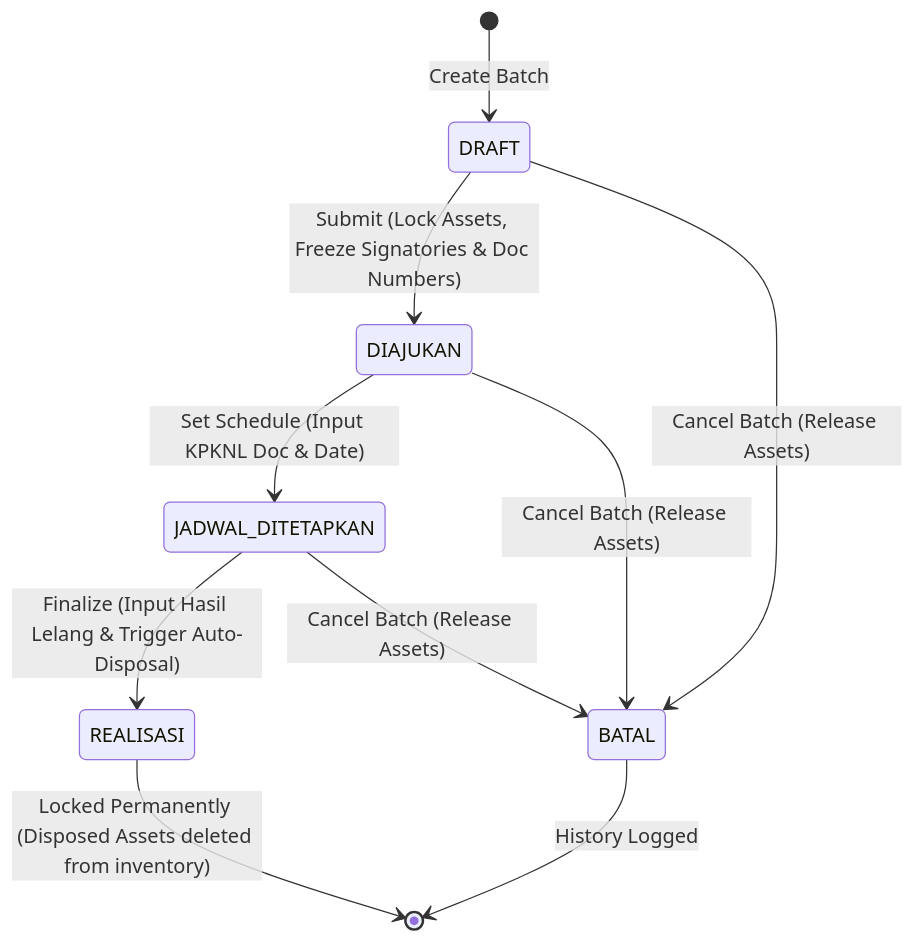
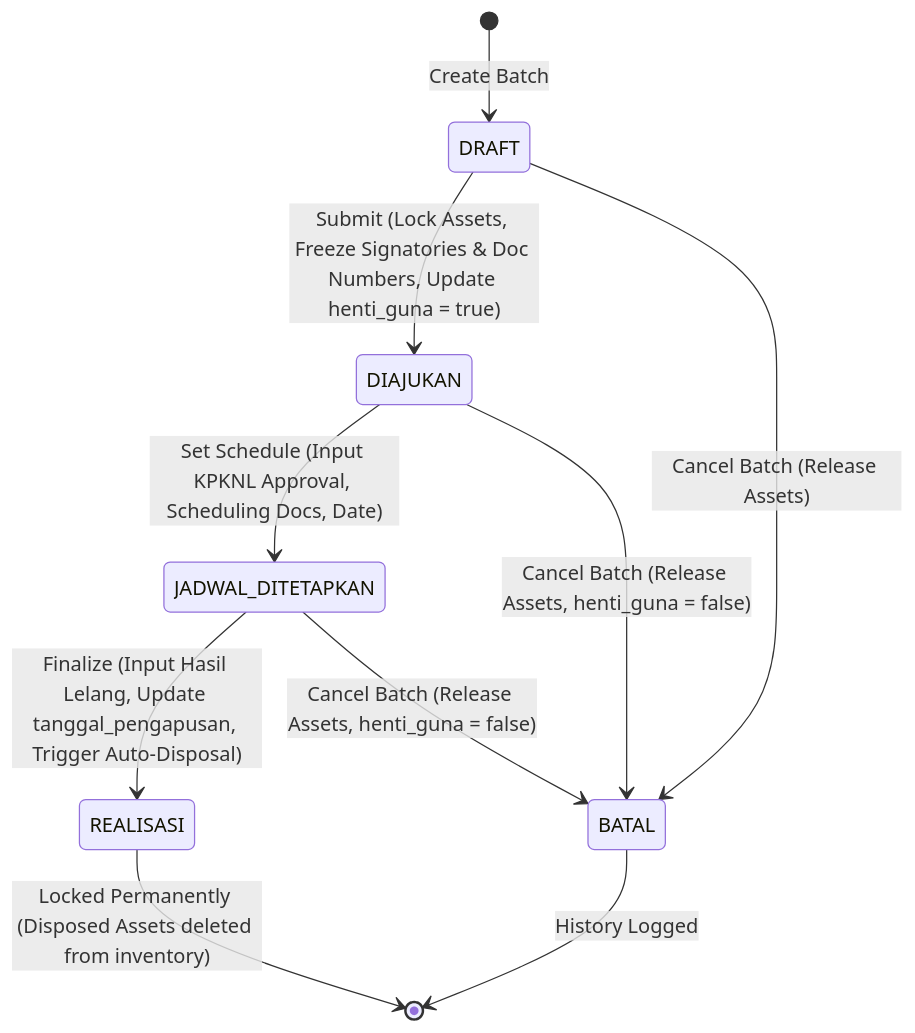
Before and after one commit to tegaranugrah1/bksda-superapp: the second of 2 diagrams in .kiro/specs/bmn-auction-batches/design.md, drawn with Mermaid. The commit also changed other lines of this file and 2 other files, not shown here.

Commit message:
docs(specs): refine specs for DJKN compliance, asset freeze, and typo fixes

````diff
--- a/.kiro/specs/bmn-auction-batches/design.md
+++ b/.kiro/specs/bmn-auction-batches/design.md
@@ -111,12 +115,12 @@
 ```mermaid
 stateDiagram-v2
     [*] --> DRAFT : Create Batch
-    DRAFT --> DIAJUKAN : Submit (Lock Assets, Freeze Signatories & Doc Numbers)
+    DRAFT --> DIAJUKAN : Submit (Lock Assets, Freeze Signatories & Doc Numbers, Update henti_guna = true)
     DRAFT --> BATAL : Cancel Batch (Release Assets)
-    DIAJUKAN --> JADWAL_DITETAPKAN : Set Schedule (Input KPKNL Doc & Date)
-    DIAJUKAN --> BATAL : Cancel Batch (Release Assets)
-    JADWAL_DITETAPKAN --> REALISASI : Finalize (Input Hasil Lelang & Trigger Auto-Disposal)
-    JADWAL_DITETAPKAN --> BATAL : Cancel Batch (Release Assets)
+    DIAJUKAN --> JADWAL_DITETAPKAN : Set Schedule (Input KPKNL Approval, Scheduling Docs, Date)
+    DIAJUKAN --> BATAL : Cancel Batch (Release Assets, henti_guna = false)
+    JADWAL_DITETAPKAN --> REALISASI : Finalize (Input Hasil Lelang, Update tanggal_pengapusan, Trigger Auto-Disposal)
+    JADWAL_DITETAPKAN --> BATAL : Cancel Batch (Release Assets, henti_guna = false)
     REALISASI --> [*] : Locked Permanently (Disposed Assets deleted from inventory)
     BATAL --> [*] : History Logged
 ```
````
